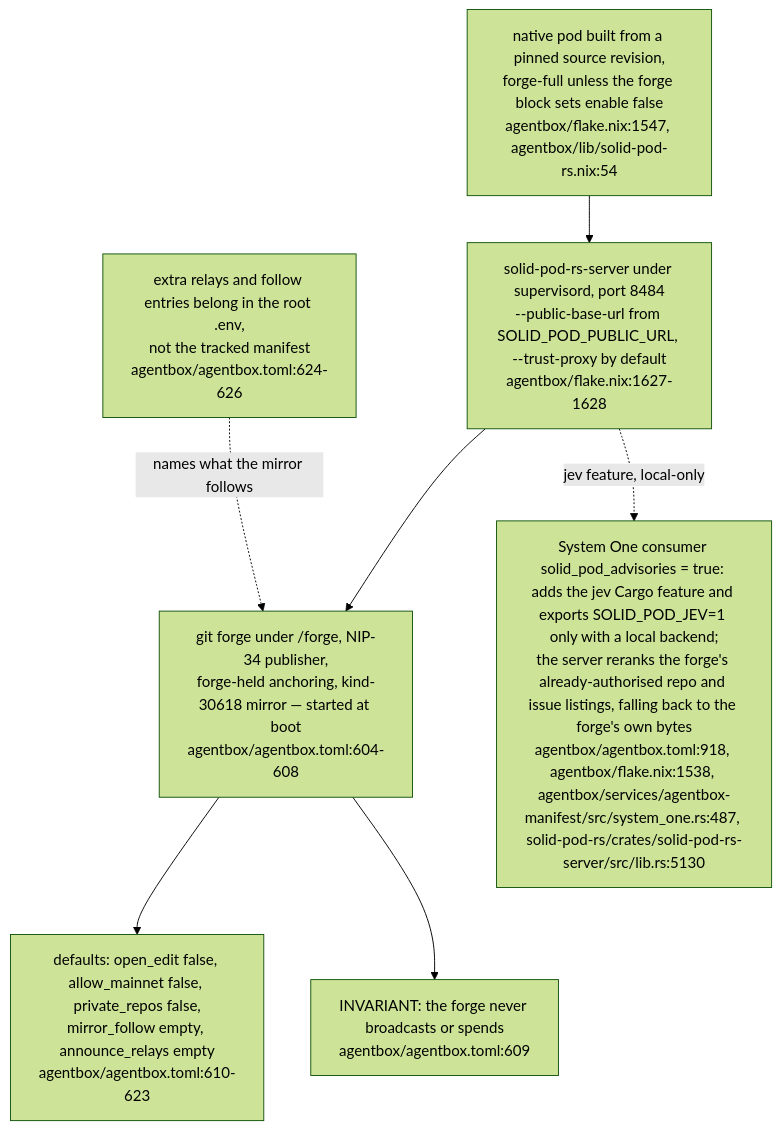
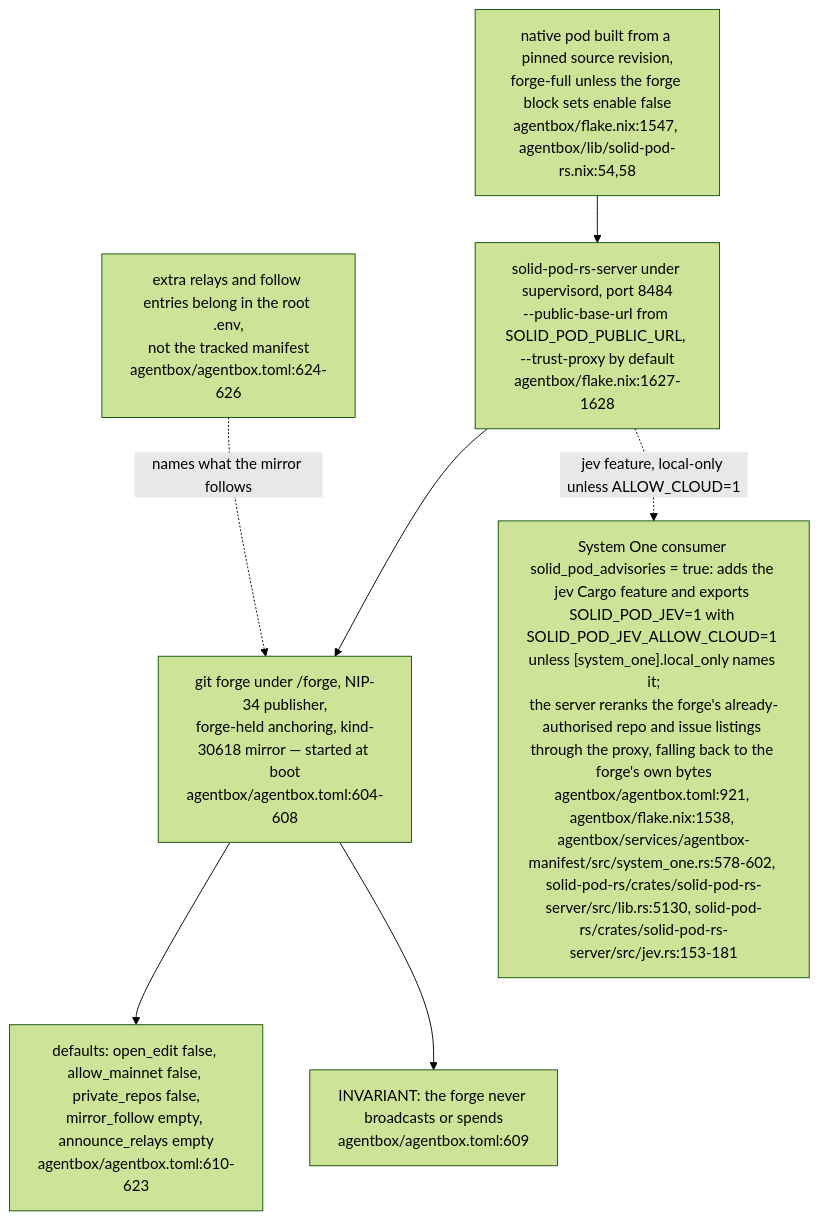
Diagram 13 of 13 in docs/diagrams/estate/08-solid-pod-estate.md (DreamLab-AI/VisionFlow), drawn with Mermaid (forest theme) before and after one commit. The commit also changed other lines of this file and 142 other files, not shown here.

First line of the commit message:
docs(diagrams): one System One route; re-verify 140 topics at today's heads

````diff
--- a/docs/diagrams/estate/08-solid-pod-estate.md
+++ b/docs/diagrams/estate/08-solid-pod-estate.md
@@ -527,15 +528,15 @@
 ```mermaid
 flowchart TB
-    PIN["native pod built from a pinned source revision,<br/>forge-full unless the forge block sets enable false<br/>agentbox/flake.nix:1547, agentbox/lib/solid-pod-rs.nix:54"]
+    PIN["native pod built from a pinned source revision,<br/>forge-full unless the forge block sets enable false<br/>agentbox/flake.nix:1547, agentbox/lib/solid-pod-rs.nix:54,58"]
     SRV["solid-pod-rs-server under supervisord, port 8484<br/>--public-base-url from SOLID_POD_PUBLIC_URL, --trust-proxy by default<br/>agentbox/flake.nix:1627-1628"]
     FORGE["git forge under /forge, NIP-34 publisher,<br/>forge-held anchoring, kind-30618 mirror — started at boot<br/>agentbox/agentbox.toml:604-608"]
     OFF["defaults: open_edit false, allow_mainnet false, private_repos false,<br/>mirror_follow empty, announce_relays empty<br/>agentbox/agentbox.toml:610-623"]
-    JEV["System One consumer solid_pod_advisories = true: adds the jev Cargo feature and exports SOLID_POD_JEV=1 only with a local backend;<br/>the server reranks the forge's already-authorised repo and issue listings, falling back to the forge's own bytes<br/>agentbox/agentbox.toml:918, agentbox/flake.nix:1538, agentbox/services/agentbox-manifest/src/system_one.rs:487, solid-pod-rs/crates/solid-pod-rs-server/src/lib.rs:5130"]
+    JEV["System One consumer solid_pod_advisories = true: adds the jev Cargo feature and exports SOLID_POD_JEV=1 with SOLID_POD_JEV_ALLOW_CLOUD=1 unless [system_one].local_only names it;<br/>the server reranks the forge's already-authorised repo and issue listings through the proxy, falling back to the forge's own bytes<br/>agentbox/agentbox.toml:921, agentbox/flake.nix:1538, agentbox/services/agentbox-manifest/src/system_one.rs:578-602, solid-pod-rs/crates/solid-pod-rs-server/src/lib.rs:5130, solid-pod-rs/crates/solid-pod-rs-server/src/jev.rs:153-181"]
     ENV["extra relays and follow entries belong in the root .env,<br/>not the tracked manifest<br/>agentbox/agentbox.toml:624-626"]
     PIN --> SRV --> FORGE
     FORGE --> OFF
-    SRV -.->|"jev feature, local-only"| JEV
+    SRV -.->|"jev feature, local-only unless ALLOW_CLOUD=1"| JEV
     ENV -.->|"names what the mirror follows"| FORGE
     NOANCHOR["INVARIANT: the forge never broadcasts or spends<br/>agentbox/agentbox.toml:609"]
     FORGE --> NOANCHOR
 ```
````
